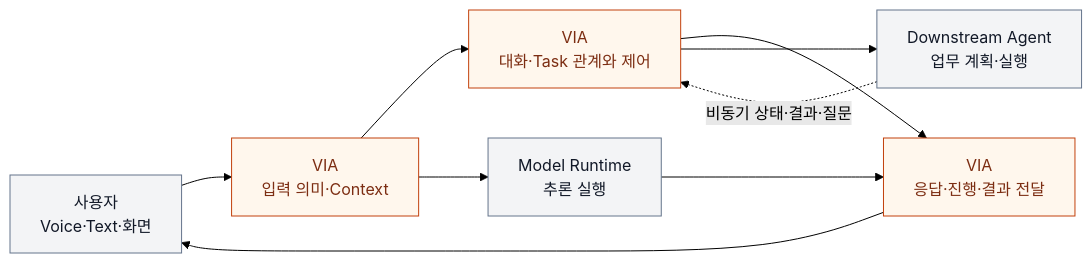
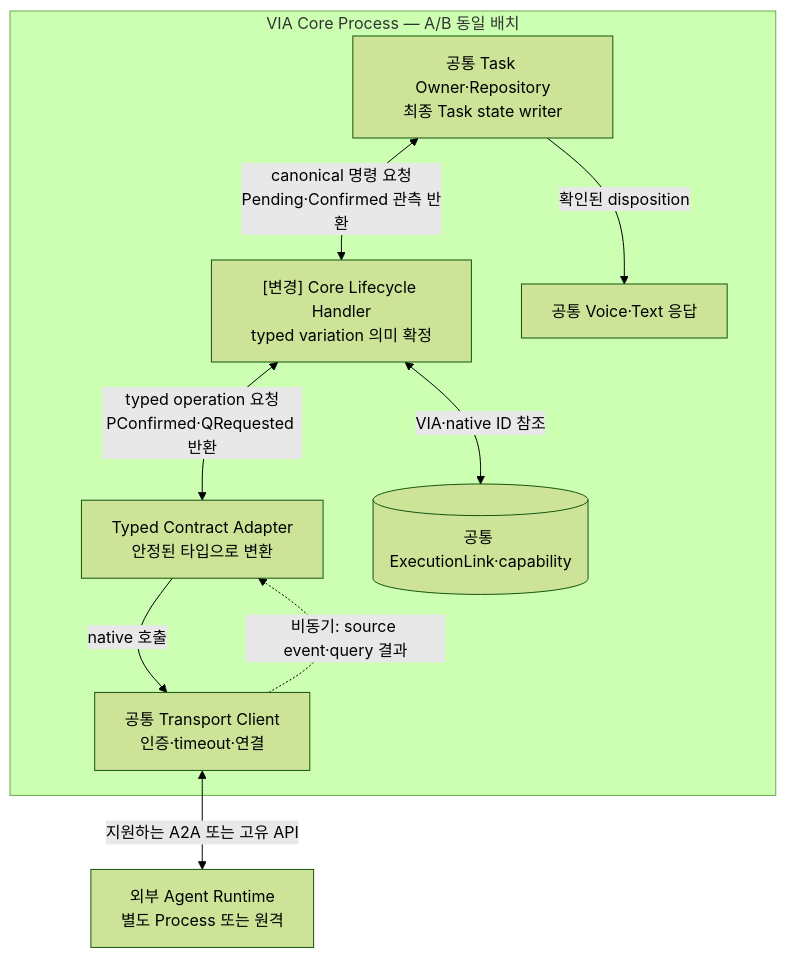
Before and after one commit to cbyche/via-sw-architecture: the sixth of 8 diagrams in docs/architecture/12-decisions/dp-executive-summary.md, drawn with Mermaid (forest theme). The commit also changed other lines of this file and 59 other files, not shown here.

Commit message:
docs: consolidate comprehensive VIA decision inventory and implementation diagrams

````diff
--- a/docs/architecture/12-decisions/dp-executive-summary.md
+++ b/docs/architecture/12-decisions/dp-executive-summary.md
@@ -30,15 +201,12 @@
 ```mermaid
-flowchart LR
- U["사용자<br/>Voice·Text·화면"] --> I["VIA<br/>입력 의미·Context"]
- I --> S["VIA<br/>대화·Task 관계와 제어"]
- S --> O["VIA<br/>응답·진행·결과 전달"]
- O --> U
- S --> A["Downstream Agent<br/>업무 계획·실행"]
- A -. "비동기 상태·결과·질문" .-> S
- I --> M["Model Runtime<br/>추론 실행"]
- M --> O
- classDef via fill:#FFF7ED,stroke:#C2410C,color:#7C2D12;
- classDef external fill:#F3F4F6,stroke:#64748B,color:#111827;
- class I,S,O via;
- class U,A,M external;
+flowchart TB
+ subgraph V["VIA Core Process — A/B 동일 배치"]
+ T["공통 Task Owner·Repository<br/>최종 Task state writer"] <-->|"canonical 명령 요청<br/>Pending·Confirmed 관측 반환"| H["[변경] Core Lifecycle Handler<br/>typed variation 의미 확정"]
+ H <-->|"typed operation 요청<br/>PConfirmed·QRequested 반환"| E["Typed Contract Adapter<br/>안정된 타입으로 변환"]
+ E -->|"native 호출"| C["공통 Transport Client<br/>인증·timeout·연결"]
+ C -.->|"비동기: source event·query 결과"| E
+ H <-->|"VIA·native ID 참조"| K[("공통 ExecutionLink·capability")]
+ T -->|"확인된 disposition"| P["공통 Voice·Text 응답"]
+ end
+ C <-->|"지원하는 A2A 또는 고유 API"| G["외부 Agent Runtime<br/>별도 Process 또는 원격"]
 ```
````
